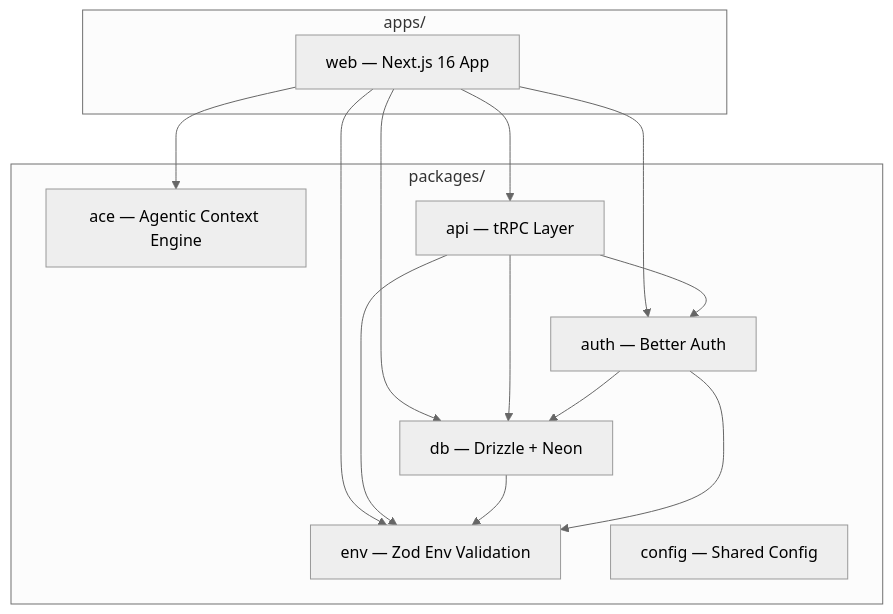
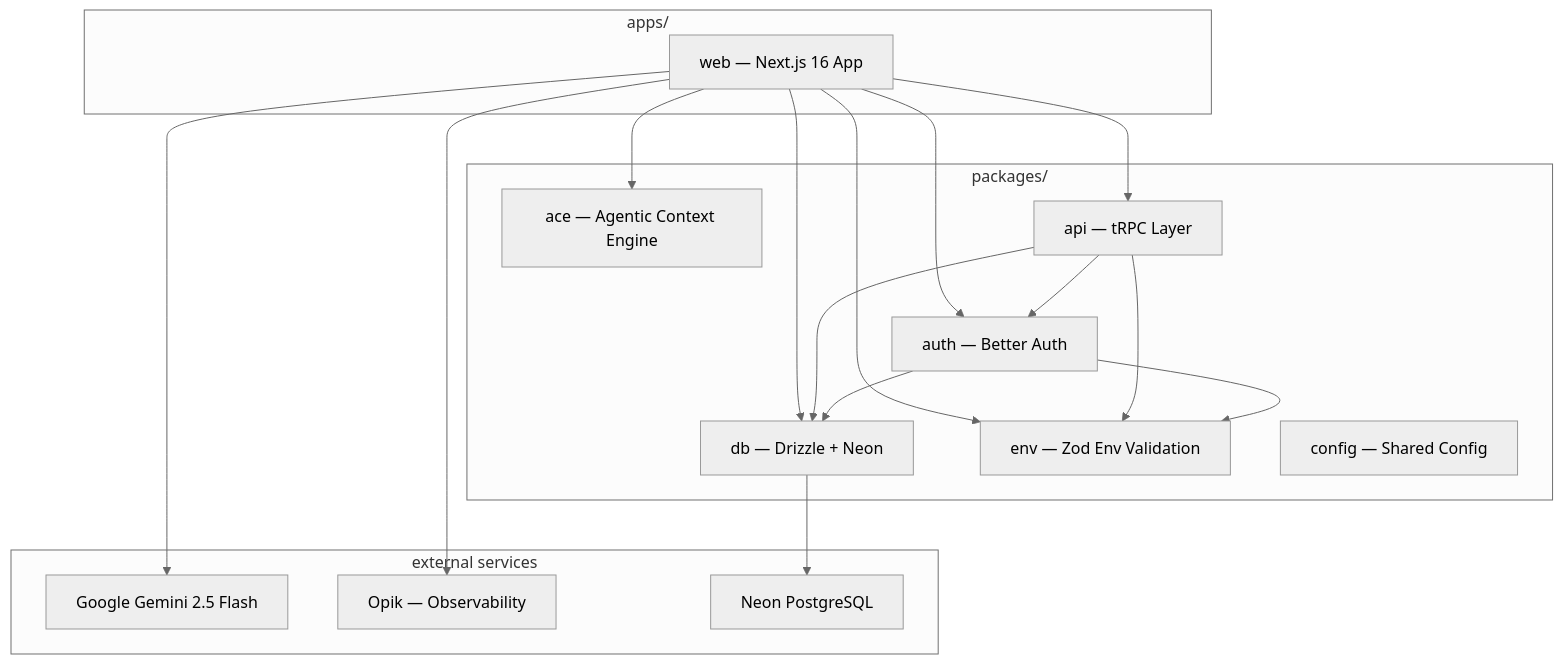
The diagram in README.md (armelhbobdad/pause), drawn with Mermaid (neutral theme) before and after one commit. The commit also changed other lines of this file, not shown here.

First line of the commit message:
docs: update README with revised messaging, architecture, and acknowledgements

````diff
--- a/README.md
+++ b/README.md
@@ -29,27 +29,35 @@
 ```mermaid
 graph TB
     subgraph "apps/"
         WEB[web — Next.js 16 App]
     end
 
     subgraph "packages/"
         ACE[ace — Agentic Context Engine]
         API[api — tRPC Layer]
         AUTH[auth — Better Auth]
         DB[db — Drizzle + Neon]
         ENV[env — Zod Env Validation]
         CFG[config — Shared Config]
     end
 
+    subgraph "external services"
+        GEMINI[Google Gemini 2.5 Flash]
+        OPIK[Opik — Observability]
+        NEON[Neon PostgreSQL]
+    end
+
     WEB --> API
     WEB --> AUTH
     WEB --> DB
     WEB --> ACE
     WEB --> ENV
+    WEB --> GEMINI
+    WEB --> OPIK
     API --> AUTH
     API --> DB
     API --> ENV
-    DB --> ENV
+    DB --> NEON
     AUTH --> DB
     AUTH --> ENV
 ```
````
